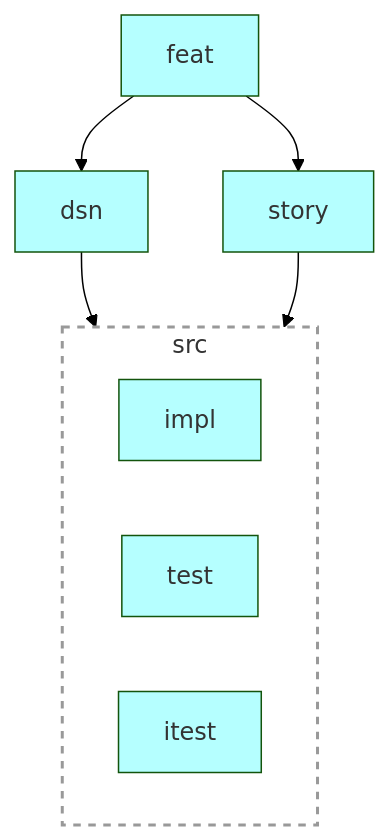
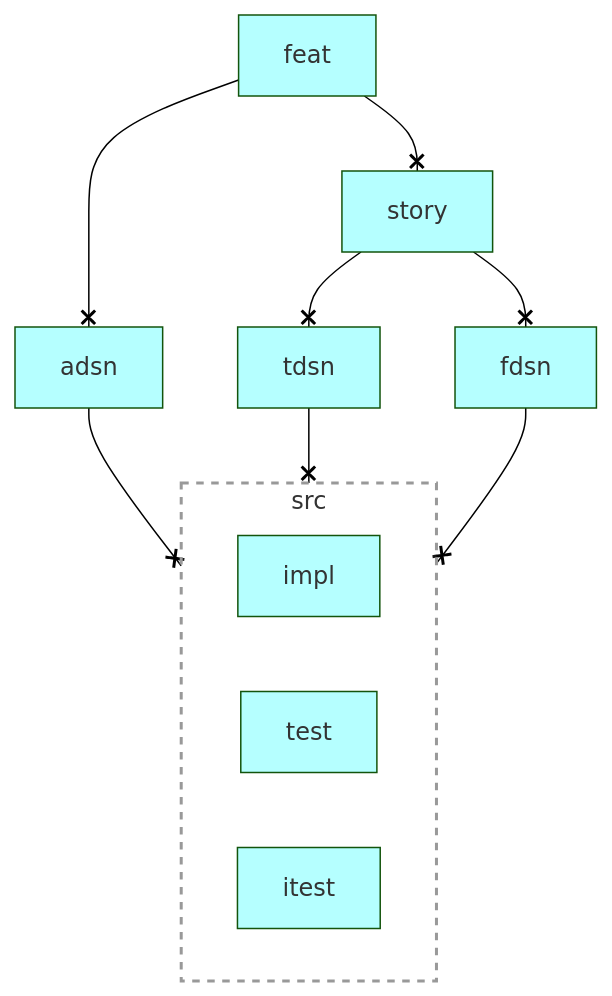
Before and after one commit to voedger/voedger-internals: the diagram in reqman/README.md, drawn with Mermaid (forest theme). The commit also changed other lines of this file and 2 other files, not shown here.

Commit message:
Refactor N3 documentation to update architectural design needs and enhance load balancer and swarm sections; add new peer-to-peer cluster documentation

````diff
--- a/reqman/README.md
+++ b/reqman/README.md
@@ -18,24 +18,29 @@
 ```mermaid
 flowchart TD
 
     feat:::S
-    dsn:::S
+    adsn:::S
+    fdsn:::S
+    tdsn:::S
     story:::S
     src:::S
 
-    feat --> dsn
-    feat --> story
-    dsn --> src
-    story --> src
+    feat --x adsn
+    feat --x story
+    adsn --x src
+    story --x fdsn
+    story --x tdsn
+    tdsn --x src
+    fdsn --x src
     src:::G
     subgraph "src"
         impl:::S
         test:::S
         itest:::S     
     end
     
     classDef B fill:#FFFFB5,color:#333
     classDef S fill:#B5FFFF,color:#333
     classDef H fill:#C9E7B7,color:#333
     classDef G fill:#ffffff15, stroke:#999, stroke-width:2px, stroke-dasharray: 5 5    
 ```
````
